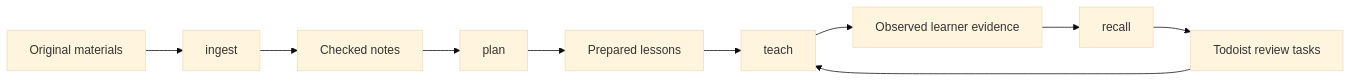
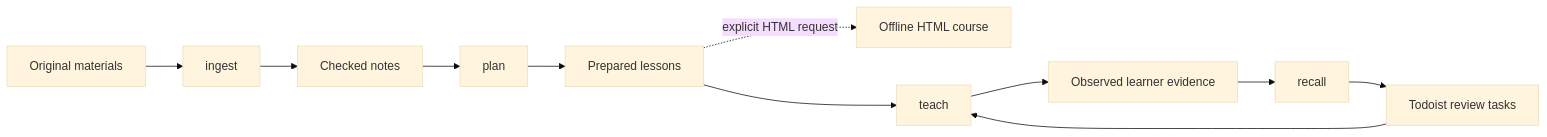
The diagram in README.md (SlavomirHoricka/University_notes), drawn with Mermaid (base theme) before and after one commit. The commit also changed other lines of this file and 61 other files, not shown here.

First line of the commit message:
Add separate optional HTML course skill (#20)

````diff
--- a/README.md
+++ b/README.md
@@ -55,12 +56,13 @@
 ```mermaid
 flowchart LR
     M[Original materials] --> I[ingest]
     I --> N[Checked notes]
     N --> P[plan]
     P --> L[Prepared lessons]
+    L -. explicit HTML request .-> H[Offline HTML course]
     L --> T[teach]
     T --> E[Observed learner evidence]
     E --> R[recall]
     R --> D[Todoist review tasks]
     D --> T
 ```
````
